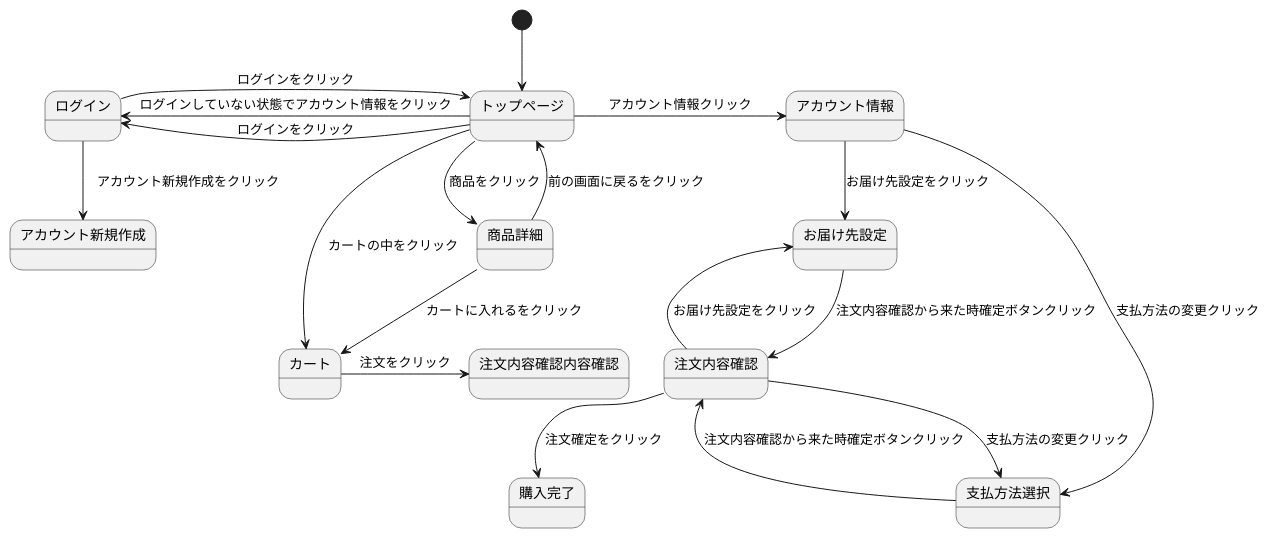
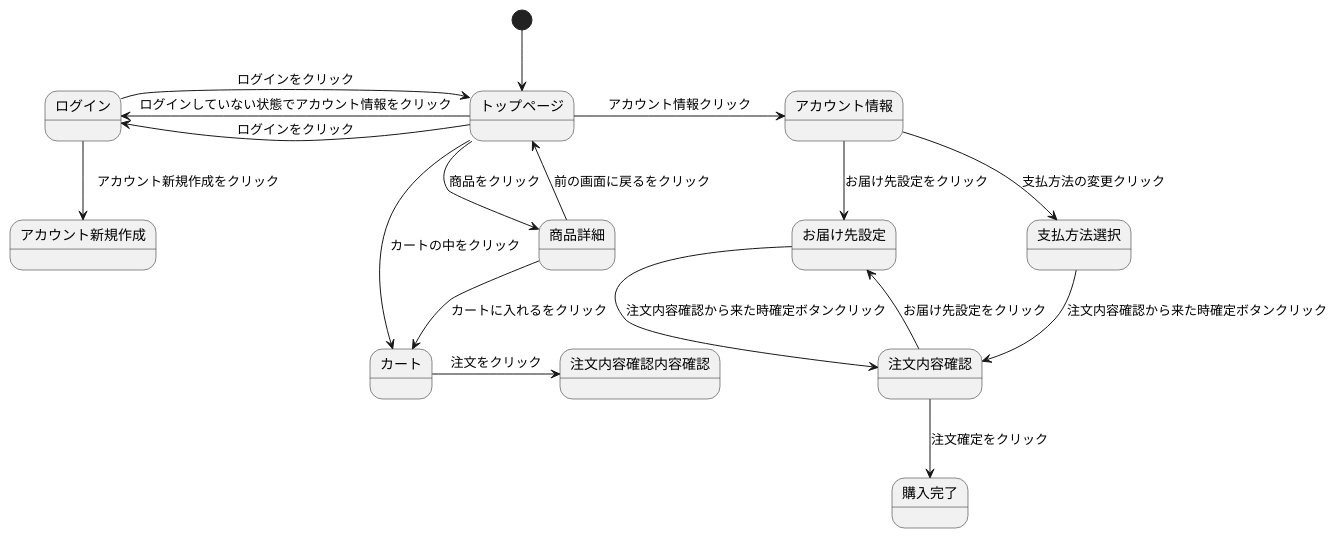
One commit to Aso2001133/2021sys-design changed the diagram in sumple_01.md. Above: the diagram before and after it, drawn with PlantUML.

````diff
--- a/sumple_01.md
+++ b/sumple_01.md
@@ -1,39 +1,38 @@
 ```uml
 @startuml
 [*] --> トップページ 
 
 トップページ -> アカウント情報 : アカウント情報クリック 
 
 トップページ -left-> ログイン : ログインをクリック
 
 トップページ -left-> ログイン : ログインしていない状態でアカウント情報をクリック
 
 トップページ --> 商品詳細 : 商品をクリック 
 
 トップページ ---> カート : カートの中をクリック 
 
 ログイン -> トップページ : ログインをクリック
 
 ログイン --> アカウント新規作成 :　アカウント新規作成をクリック
 
 アカウント情報 --> お届け先設定 : お届け先設定をクリック 
 
 アカウント情報 --> 支払方法選択 : 支払方法の変更クリック
 
 お届け先設定 --> 注文内容確認  : 注文内容確認から来た時確定ボタンクリック
 
 支払方法選択 --> 注文内容確認  : 注文内容確認から来た時確定ボタンクリック
 
 商品詳細 --> カート : カートに入れるをクリック 
 
 商品詳細 --> トップページ : 前の画面に戻るをクリック 
 
 カート -> 注文内容確認内容確認 : 注文をクリック 
 
 注文内容確認 --> お届け先設定 : お届け先設定をクリック 
 
-注文内容確認 --> 支払方法選択 : 支払方法の変更クリック
 
 注文内容確認 --> 購入完了 : 注文確定をクリック 
 @enduml
 ```
````
